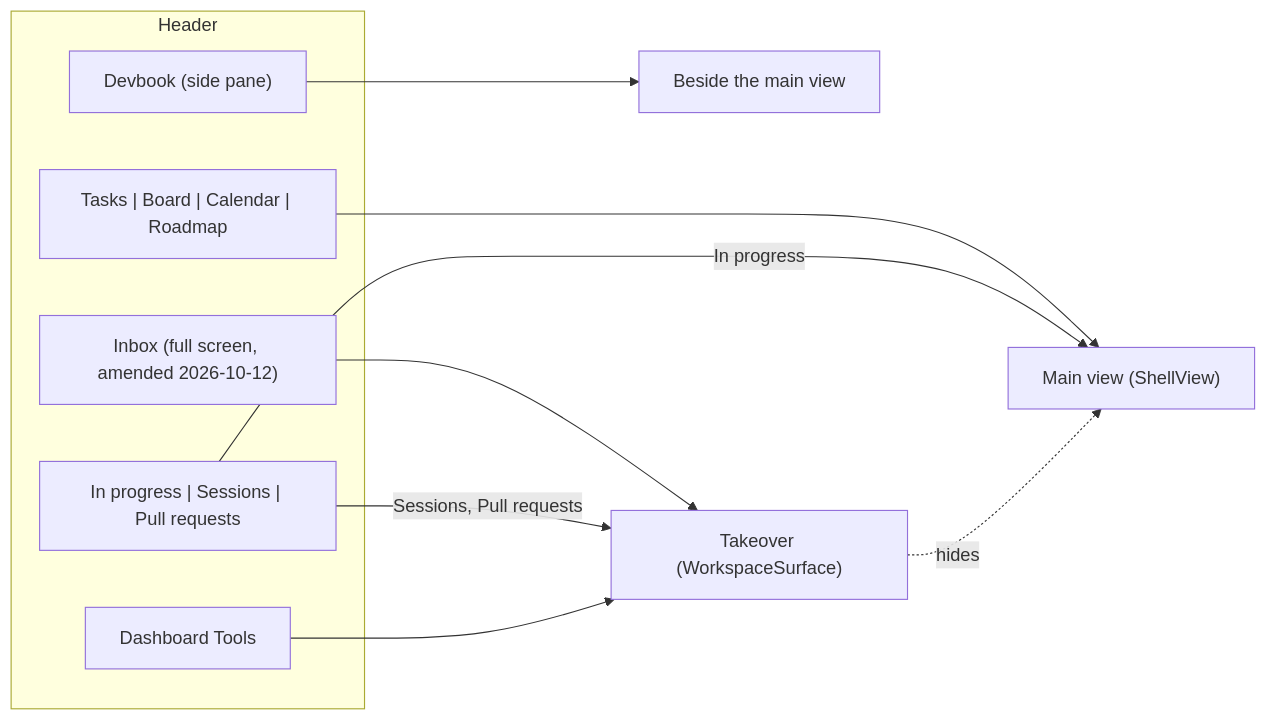
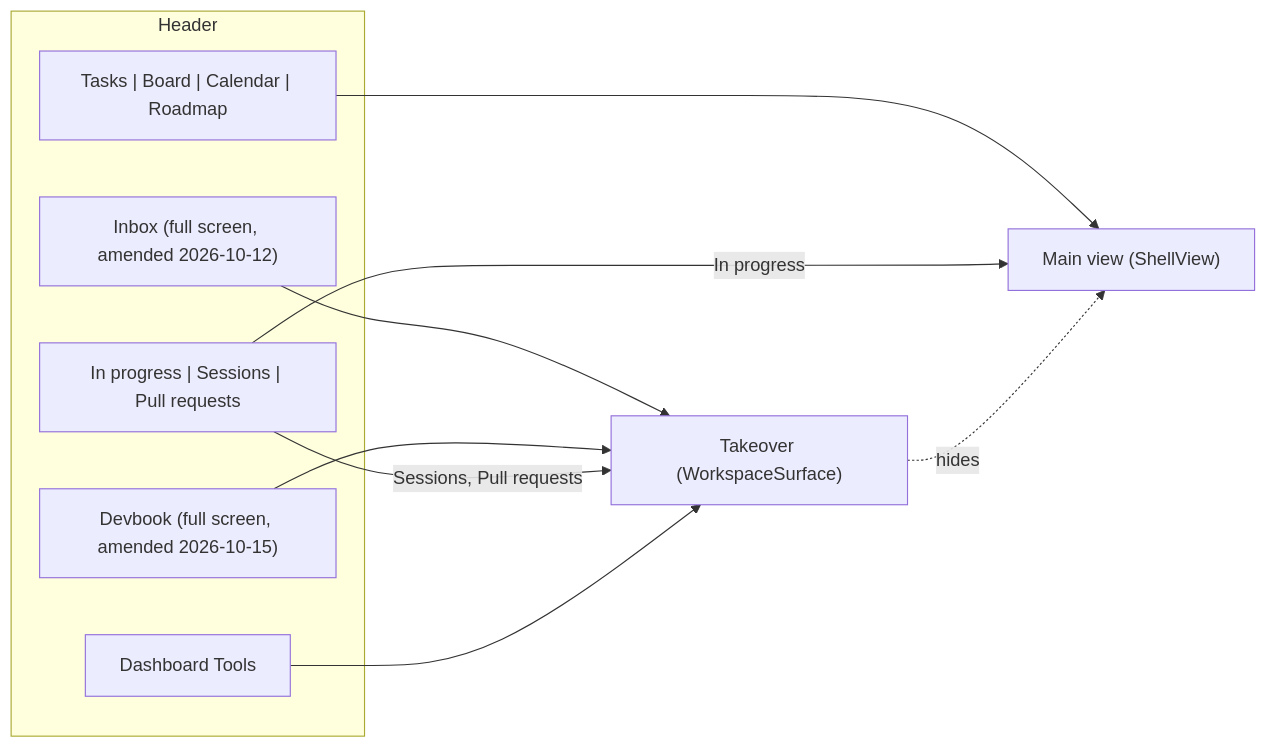
The diagram in .devbook/arc42/adr/0022-the-shell-shows-one-main-view-picked-by-a-view-switch.md (JSdotNet/Backlog), drawn with Mermaid before and after one commit. The commit also changed other lines of this file and 7 other files, not shown here.

First line of the commit message:
docs(devbook): the Devbook takes the whole screen (ADR 0022 amendment)

````diff
--- a/.devbook/arc42/adr/0022-the-shell-shows-one-main-view-picked-by-a-view-switch.md
+++ b/.devbook/arc42/adr/0022-the-shell-shows-one-main-view-picked-by-a-view-switch.md
@@ -68,17 +69,17 @@
 ```mermaid
 flowchart LR
     subgraph Header
         Inbox["Inbox (full screen, amended 2026-10-12)"]
         Views["Tasks | Board | Calendar | Roadmap"]
-        Devbook["Devbook (side pane)"]
+        Devbook["Devbook (full screen, amended 2026-10-15)"]
         Work["In progress | Sessions | Pull requests"]
         Other["Dashboard  Tools"]
     end
     Views --> MainView["Main view (ShellView)"]
     Work -- "In progress" --> MainView
-    Devbook --> Beside["Beside the main view"]
     Inbox --> Takeover
+    Devbook --> Takeover
     Work -- "Sessions, Pull requests" --> Takeover["Takeover (WorkspaceSurface)"]
     Other --> Takeover
     Takeover -. "hides" .-> MainView
 ```
````
